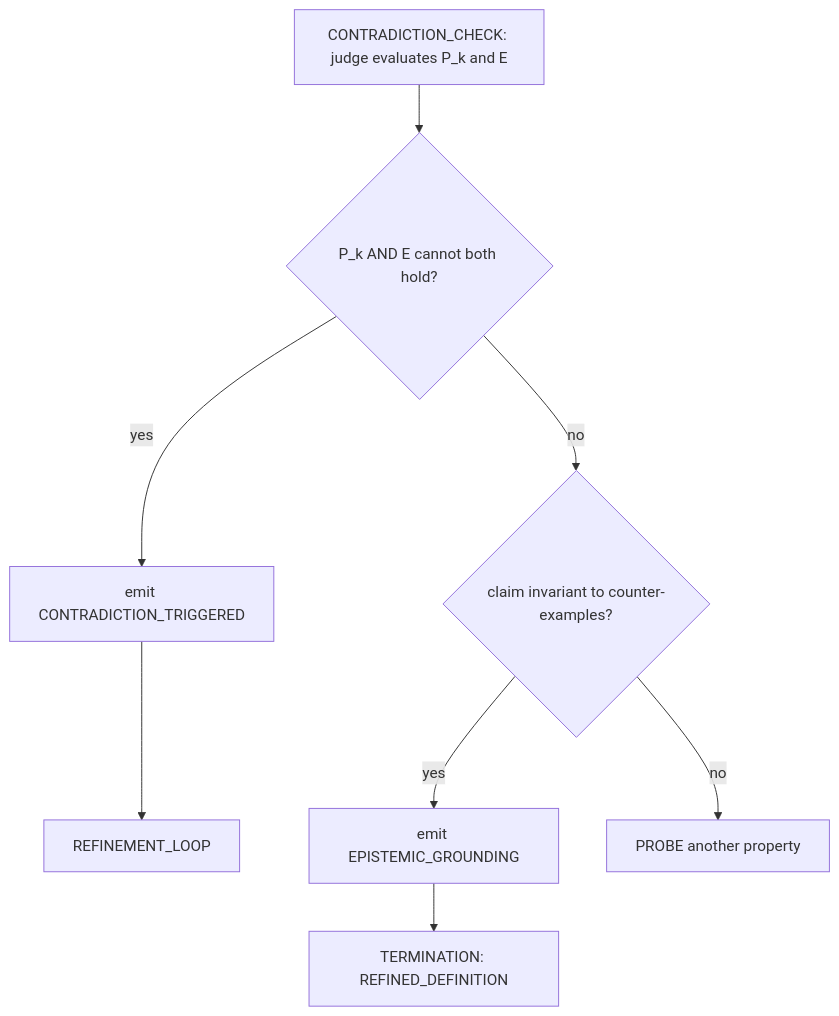
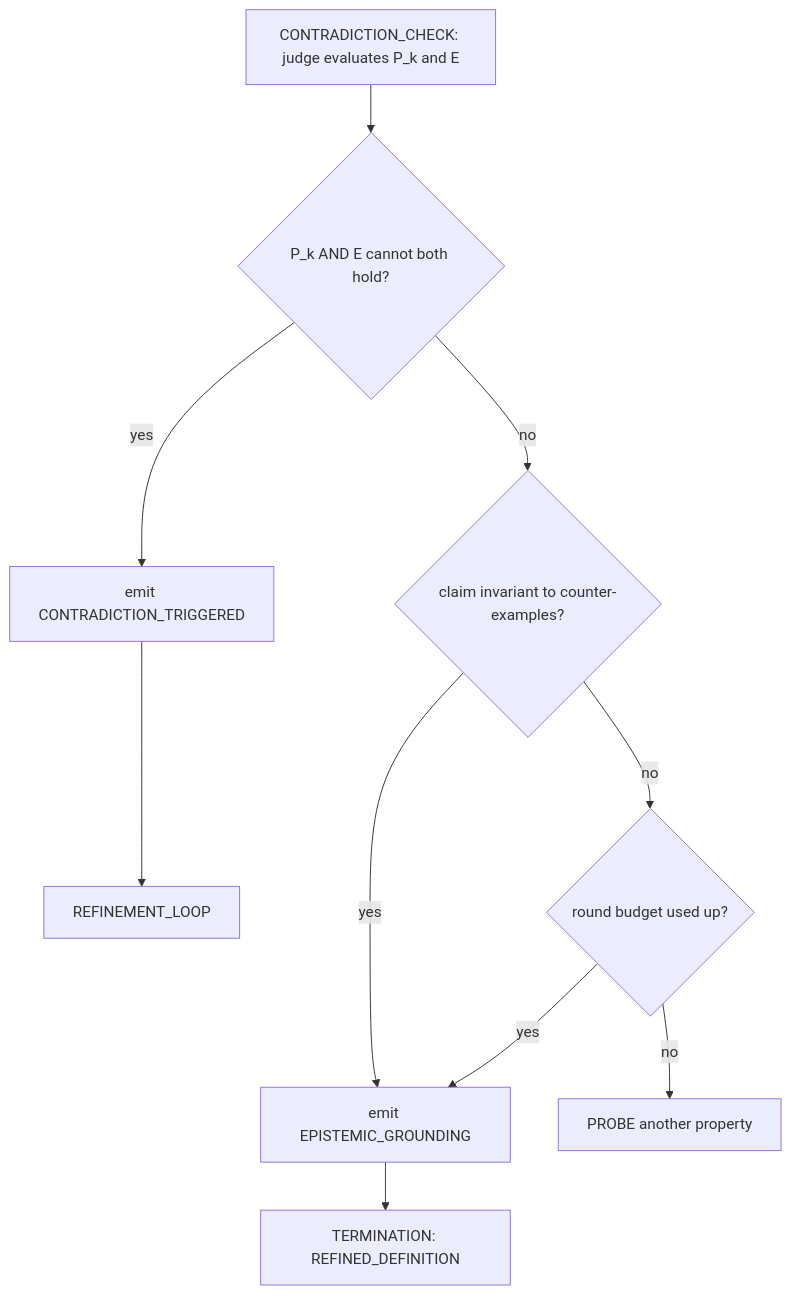
Before and after one commit to fahadakram009/squadron-bengio-cai: the second of 2 diagrams in mission-01/02_Socratic_Protocol_Map.md, drawn with Mermaid. The commit also changed other lines of this file, not shown here.

````diff
--- a/mission-01/02_Socratic_Protocol_Map.md
+++ b/mission-01/02_Socratic_Protocol_Map.md
@@ -62,10 +63,12 @@
 ```mermaid
 flowchart TD
     A[CONTRADICTION_CHECK: judge evaluates P_k and E] --> B{P_k AND E cannot both hold?}
     B -- yes --> C[emit CONTRADICTION_TRIGGERED]
     C --> D[REFINEMENT_LOOP]
     B -- no --> E{claim invariant to counter-examples?}
     E -- yes --> F[emit EPISTEMIC_GROUNDING]
     F --> G[TERMINATION: REFINED_DEFINITION]
-    E -- no --> H[PROBE another property]
+    E -- no --> I{round budget used up?}
+    I -- yes --> F
+    I -- no --> H[PROBE another property]
 ```
````
